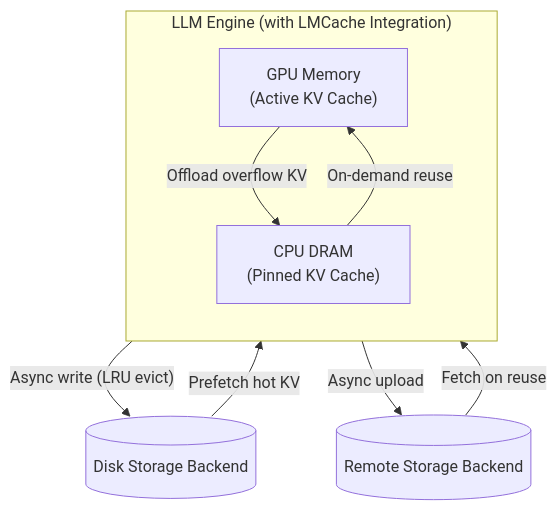
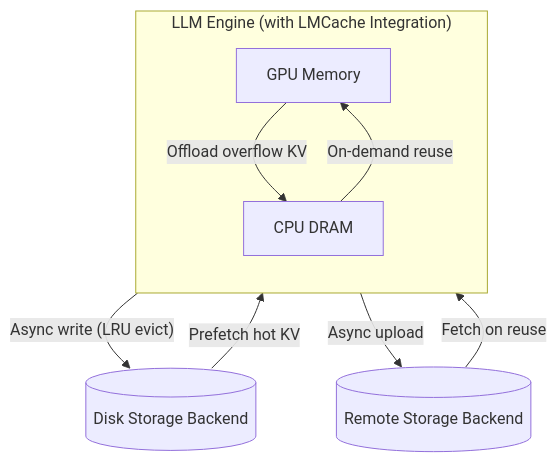
Before and after one commit to LMCache/LMCache: the first of 3 diagrams in docs/source/developer_guide/architecture.rst, drawn with Mermaid. The commit also changed other lines of this file and 3 other files, not shown here.

```diff
--- a/docs/source/developer_guide/architecture.rst
+++ b/docs/source/developer_guide/architecture.rst
@@ -28,17 +31,17 @@
 .. mermaid::
    :align: center
 
    flowchart TB
        subgraph "LLM Engine (with LMCache Integration)"
          direction TB
-         GPU["GPU Memory\n(Active KV Cache)"]
-         CPU["CPU DRAM\n(Pinned KV Cache)"]
+         GPU["GPU Memory"]
+         CPU["CPU DRAM"]
          GPU -- "Offload overflow KV" --> CPU
          CPU -- "On-demand reuse" --> GPU
        end
        Disk[(Disk Storage Backend)]
        Remote[(Remote Storage Backend)]
        CPU -- "Async write (LRU evict)" --> Disk
        CPU -- "Async upload" --> Remote
        Disk -- "Prefetch hot KV" --> CPU
        Remote -- "Fetch on reuse" --> CPU
```
